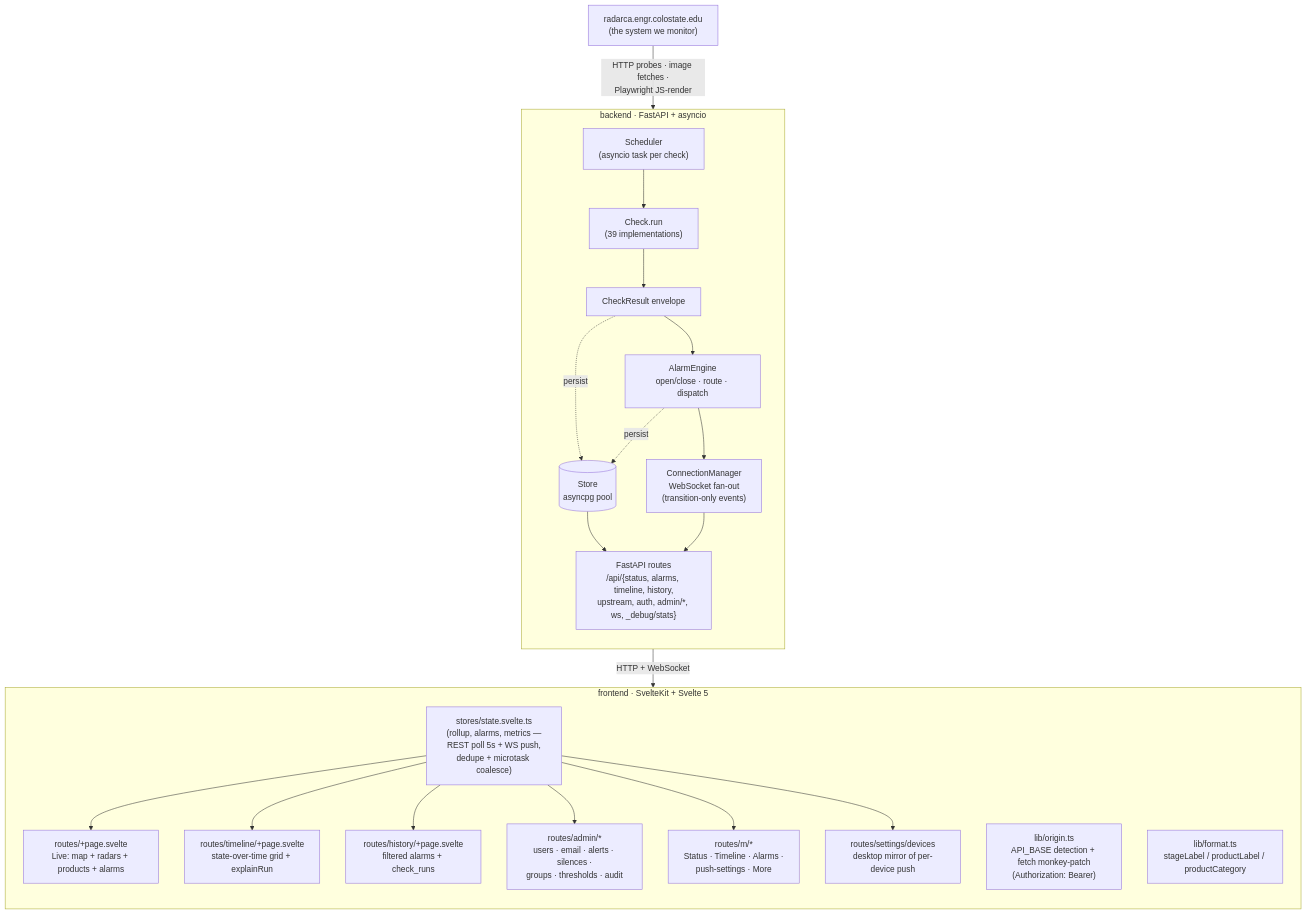
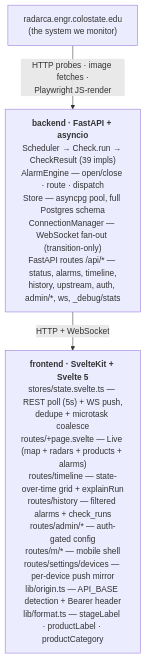
One commit to jkmesches/AQPI-Sentinel changed the first of 2 diagrams in docs/ARCHITECTURE.md. Above: the diagram before and after it, drawn with Mermaid. The commit also changed other lines of this file and 7 other files, not shown here.

````diff
--- a/docs/ARCHITECTURE.md
+++ b/docs/ARCHITECTURE.md
@@ -11,39 +11,9 @@
 ```mermaid
 flowchart TB
     upstream["radarca.engr.colostate.edu<br/>(the system we monitor)"]
+    backend["<b>backend · FastAPI + asyncio</b><br/>Scheduler → Check.run → CheckResult (39 impls)<br/>AlarmEngine — open/close · route · dispatch<br/>Store — asyncpg pool, full Postgres schema<br/>ConnectionManager — WebSocket fan-out (transition-only)<br/>FastAPI routes /api/* — status, alarms, timeline,<br/>history, upstream, auth, admin/*, ws, _debug/stats"]
+    frontend["<b>frontend · SvelteKit + Svelte 5</b><br/>stores/state.svelte.ts — REST poll (5s) + WS push,<br/>dedupe + microtask coalesce<br/>routes/+page.svelte — Live (map + radars + products + alarms)<br/>routes/timeline — state-over-time grid + explainRun<br/>routes/history — filtered alarms + check_runs<br/>routes/admin/* — auth-gated config<br/>routes/m/* — mobile shell<br/>routes/settings/devices — per-device push mirror<br/>lib/origin.ts — API_BASE detection + Bearer header<br/>lib/format.ts — stageLabel · productLabel · productCategory"]
 
-    subgraph backend["backend · FastAPI + asyncio"]
-        direction TB
-        scheduler["Scheduler<br/>(asyncio task per check)"]
-        checkrun["Check.run<br/>(39 implementations)"]
-        result["CheckResult envelope"]
-        engine["AlarmEngine<br/>open/close · route · dispatch"]
-        store[("Store<br/>asyncpg pool")]
-        ws["ConnectionManager<br/>WebSocket fan-out<br/>(transition-only events)"]
-        routes["FastAPI routes<br/>/api/{status, alarms, timeline, history,<br/>upstream, auth, admin/*, ws, _debug/stats}"]
-
-        scheduler --> checkrun --> result --> engine
-        result -. persist .-> store
-        engine -. persist .-> store
-        store --> routes
-        engine --> ws --> routes
-    end
-
-    subgraph frontend["frontend · SvelteKit + Svelte 5"]
-        direction TB
-        state["stores/state.svelte.ts<br/>(rollup, alarms, metrics —<br/>REST poll 5s + WS push,<br/>dedupe + microtask coalesce)"]
-        live["routes/+page.svelte<br/>Live: map + radars + products + alarms"]
-        timeline["routes/timeline/+page.svelte<br/>state-over-time grid + explainRun"]
-        history["routes/history/+page.svelte<br/>filtered alarms + check_runs"]
-        admin["routes/admin/*<br/>users · email · alerts · silences ·<br/>groups · thresholds · audit"]
-        mobile["routes/m/*<br/>Status · Timeline · Alarms ·<br/>push-settings · More"]
-        settings["routes/settings/devices<br/>desktop mirror of per-device push"]
-        origin["lib/origin.ts<br/>API_BASE detection + fetch monkey-patch<br/>(Authorization: Bearer)"]
-        format["lib/format.ts<br/>stageLabel / productLabel / productCategory"]
-
-        state --> live & timeline & history & admin & mobile & settings
-    end
-
-    upstream -- "HTTP probes · image fetches ·<br/>Playwright JS-render" --> scheduler
-    routes -- "HTTP + WebSocket" --> state
+    upstream -- "HTTP probes · image fetches ·<br/>Playwright JS-render" --> backend
+    backend -- "HTTP + WebSocket" --> frontend
 ```
````
